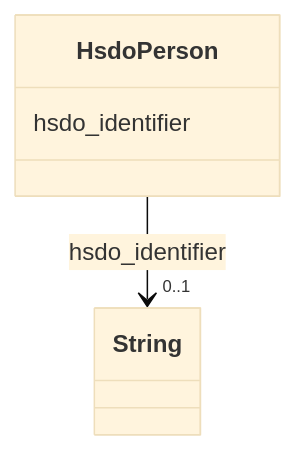
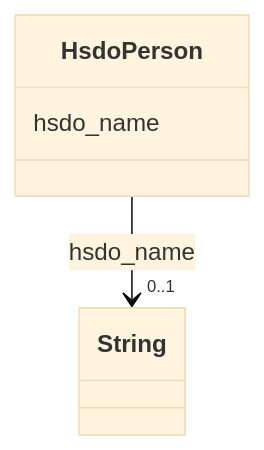
One commit to frink-okn/graph-descriptions changed the diagram in secure-chain-kg/classes/HsdoPerson.md. Above: the diagram before and after it, drawn with Mermaid (base theme). The commit also changed other lines of this file and 39 other files, not shown here.

````diff
--- a/secure-chain-kg/classes/HsdoPerson.md
+++ b/secure-chain-kg/classes/HsdoPerson.md
@@ -23,15 +23,15 @@
 ```mermaid
  classDiagram
     class HsdoPerson
     click HsdoPerson href "../HsdoPerson"
-      HsdoPerson : hsdo_identifier
+      HsdoPerson : hsdo_name
         
           
     
     
-    HsdoPerson --> "0..1" String : hsdo_identifier
+    HsdoPerson --> "0..1" String : hsdo_name
     click String href "../String"
 
         
       
 ```
````
